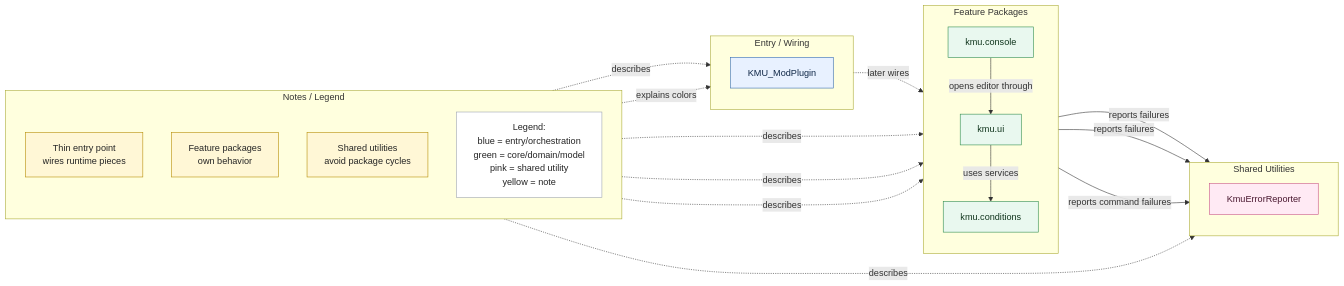
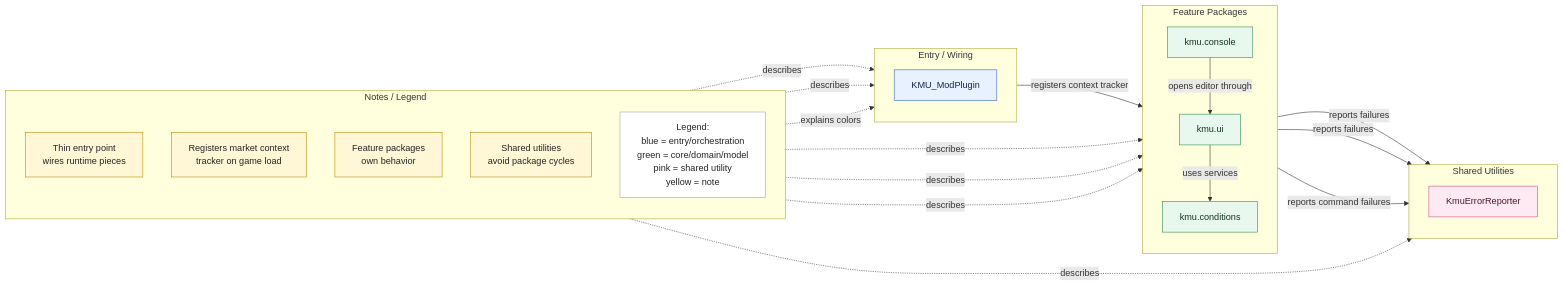
Before and after one commit to Klark-Morrigan/Starsector-Mod-KMU: the diagram in src/main/java/kmu/kmu.mmd, drawn with Mermaid. The commit also changed 23 other files, not shown here.

```diff
--- a/src/main/java/kmu/kmu.mmd
+++ b/src/main/java/kmu/kmu.mmd
@@ -1,57 +1,59 @@
 flowchart LR
     subgraph Meta["Notes / Legend"]
         direction TB
         ThinPlugin["Thin entry point<br/>wires runtime pieces"]
+        TrackerNote["Registers market context<br/>tracker on game load"]
         PackageRules["Feature packages<br/>own behavior"]
         SharedRule["Shared utilities<br/>avoid package cycles"]
         Legend["Legend:<br/>blue = entry/orchestration<br/>green = core/domain/model<br/>pink = shared utility<br/>yellow = note"]
     end
 
     subgraph Entry["Entry / Wiring"]
         direction TB
         Plugin["KMU_ModPlugin"]
     end
 
     subgraph Features["Feature Packages"]
         direction TB
         UI["kmu.ui"]
         Conditions["kmu.conditions"]
         Console["kmu.console"]
     end
 
     subgraph Shared["Shared Utilities"]
         direction TB
         Reporter["KmuErrorReporter"]
     end
 
     ThinPlugin -. describes .-> Plugin
+    TrackerNote -. describes .-> Plugin
     PackageRules -. describes .-> UI
     PackageRules -. describes .-> Conditions
     PackageRules -. describes .-> Console
     SharedRule -. describes .-> Reporter
     Legend -. explains colors .-> Plugin
 
-    Plugin -. later wires .-> UI
+    Plugin -->|registers context tracker| UI
 
     Console -->|opens editor through| UI
     UI -->|uses services| Conditions
     UI -->|reports failures| Reporter
 
     Conditions -->|reports failures| Reporter
     Console -->|reports command failures| Reporter
 
     classDef note fill:#fff7d6,stroke:#b58b00,color:#242424
     classDef legend fill:#ffffff,stroke:#9ca3af,color:#242424
     classDef orchestration fill:#e8f1ff,stroke:#2f67b1,color:#0f2747
     classDef core fill:#e9f8ef,stroke:#2b8a4b,color:#10351d
     classDef value fill:#eef8ff,stroke:#3b82a0,color:#113247
     classDef port fill:#fff0e6,stroke:#c76a24,color:#4a2108
     classDef adapter fill:#f3ecff,stroke:#7b55b7,color:#2d1c45
     classDef external fill:#f3f4f6,stroke:#6b7280,color:#1f2937
     classDef shared fill:#ffeaf4,stroke:#c75186,color:#4a1830
 
-    class ThinPlugin,PackageRules,SharedRule note
+    class ThinPlugin,TrackerNote,PackageRules,SharedRule note
     class Legend legend
     class Plugin orchestration
     class UI,Conditions,Console core
     class Reporter shared
```
